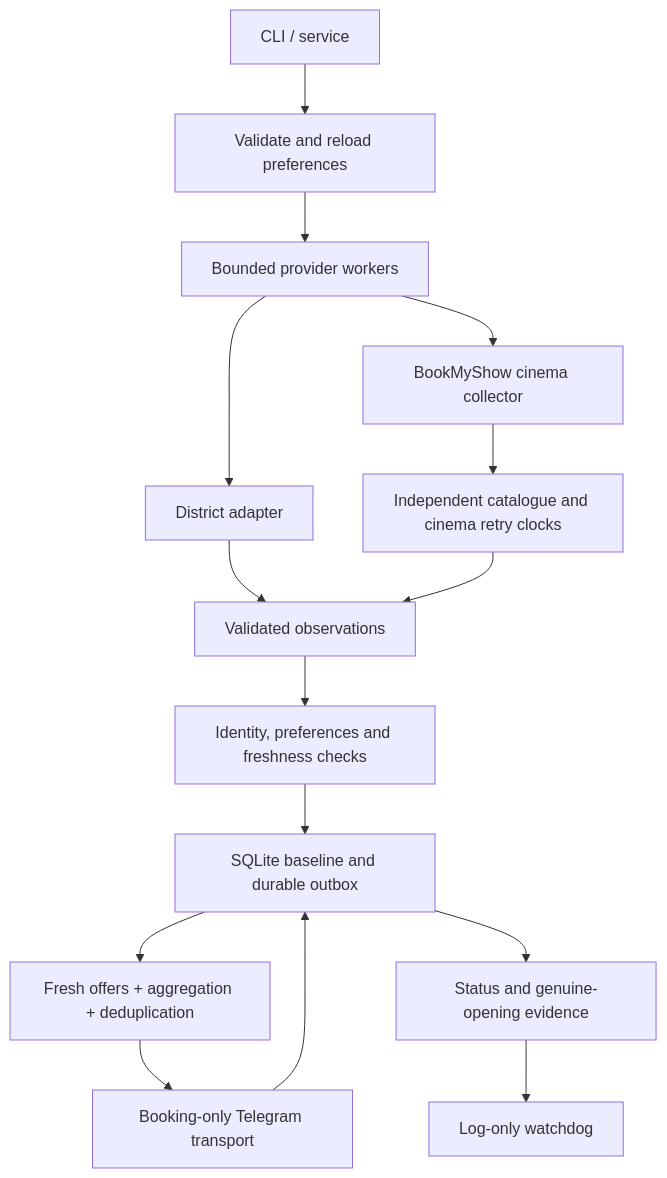
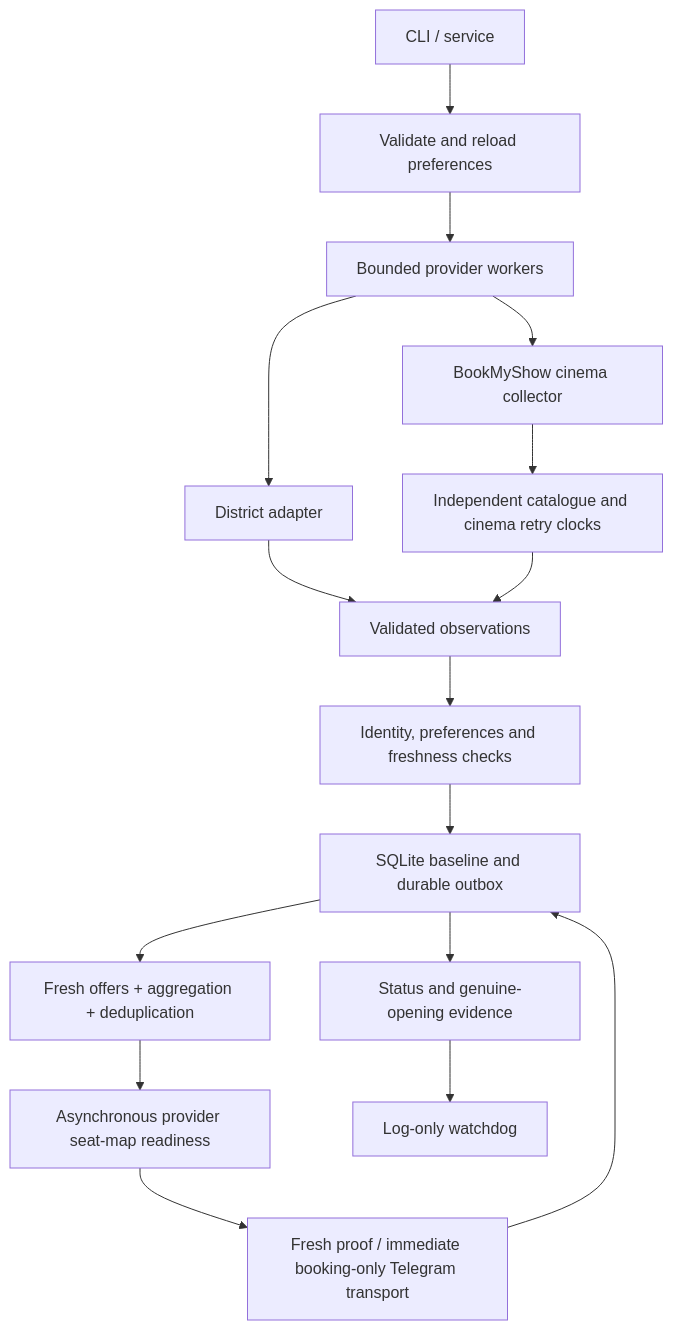
Before and after one commit to subash6465/movie-booking: the diagram in docs/architecture.md, drawn with Mermaid. The commit also changed other lines of this file and 25 other files, not shown here.

Commit message:
updated the verification logic to tackle pvr screen seat booking failures

````diff
--- a/docs/architecture.md
+++ b/docs/architecture.md
@@ -9,17 +9,18 @@
 ```mermaid
 flowchart TD
     A[CLI / service] --> B[Validate and reload preferences]
     B --> C[Bounded provider workers]
     C --> D[District adapter]
     C --> E[BookMyShow cinema collector]
     E --> F[Independent catalogue and cinema retry clocks]
     D --> G[Validated observations]
     F --> G
     G --> H[Identity, preferences and freshness checks]
     H --> I[SQLite baseline and durable outbox]
     I --> J[Fresh offers + aggregation + deduplication]
-    J --> K[Booking-only Telegram transport]
+    J --> N[Asynchronous provider seat-map readiness]
+    N --> K[Fresh proof / immediate booking-only Telegram transport]
     K --> I
     I --> L[Status and genuine-opening evidence]
     L --> M[Log-only watchdog]
 ```
````
